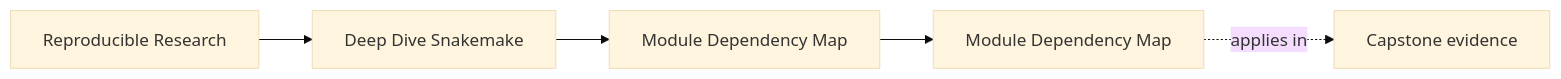
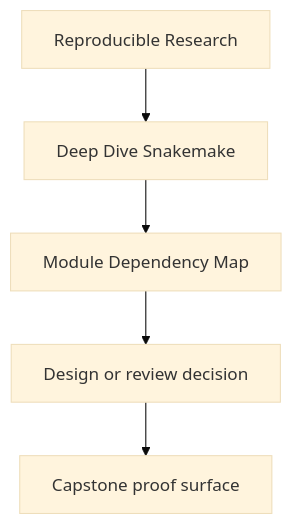
Before and after one commit to bijux/bijux-masterclass: the first of 3 diagrams in programs/reproducible-research/deep-dive-snakemake/course-book/reference/module-dependency-map.md, drawn with Mermaid (base theme). The commit also changed other lines of this file and 29 other files, not shown here.

Commit message:
docs(deep-dive-snakemake): sharpen guide and reference diagrams

````diff
--- a/programs/reproducible-research/deep-dive-snakemake/course-book/reference/module-dependency-map.md
+++ b/programs/reproducible-research/deep-dive-snakemake/course-book/reference/module-dependency-map.md
@@ -9,11 +9,7 @@
 ```mermaid
-graph LR
-  family["Reproducible Research"]
-  program["Deep Dive Snakemake"]
-  section["Module Dependency Map"]
-  page["Module Dependency Map"]
-  capstone["Capstone evidence"]
-
-  family --> program --> section --> page
-  page -.applies in.-> capstone
+flowchart TD
+  family["Reproducible Research"] --> program["Deep Dive Snakemake"]
+  program --> reference["Module Dependency Map"]
+  reference --> review["Design or review decision"]
+  review --> capstone["Capstone proof surface"]
 ```
````
